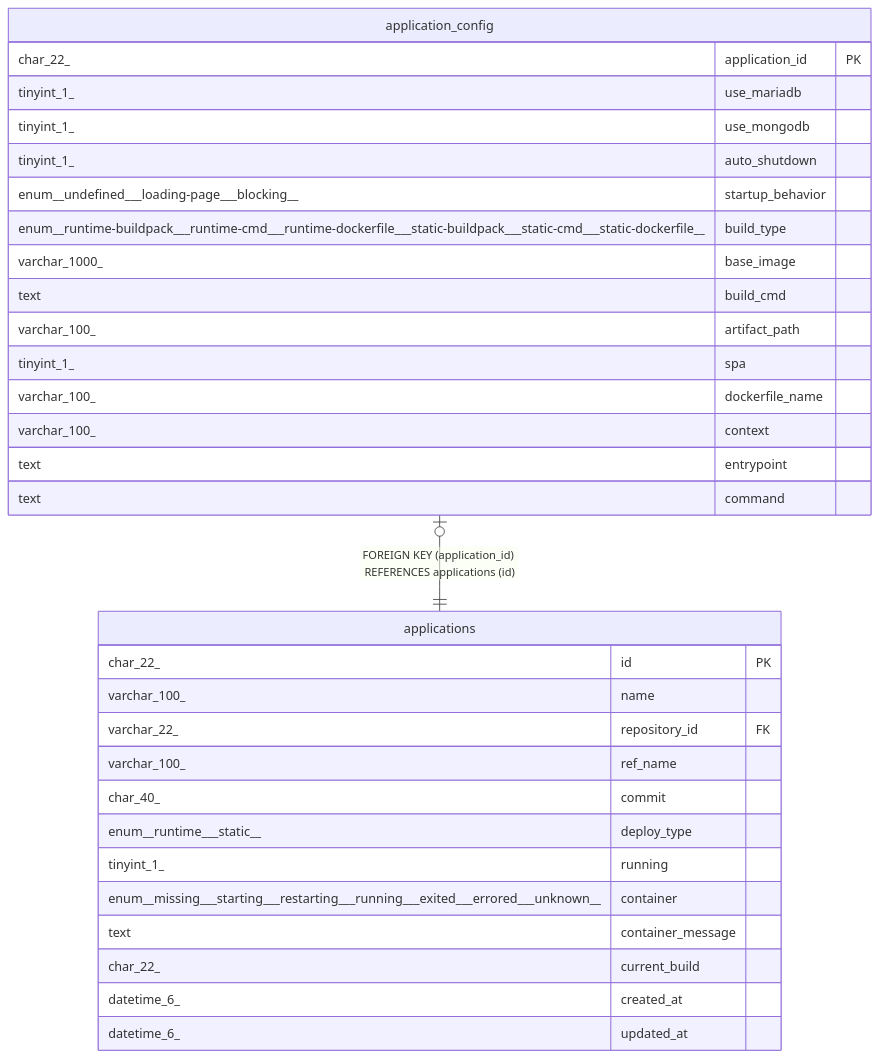
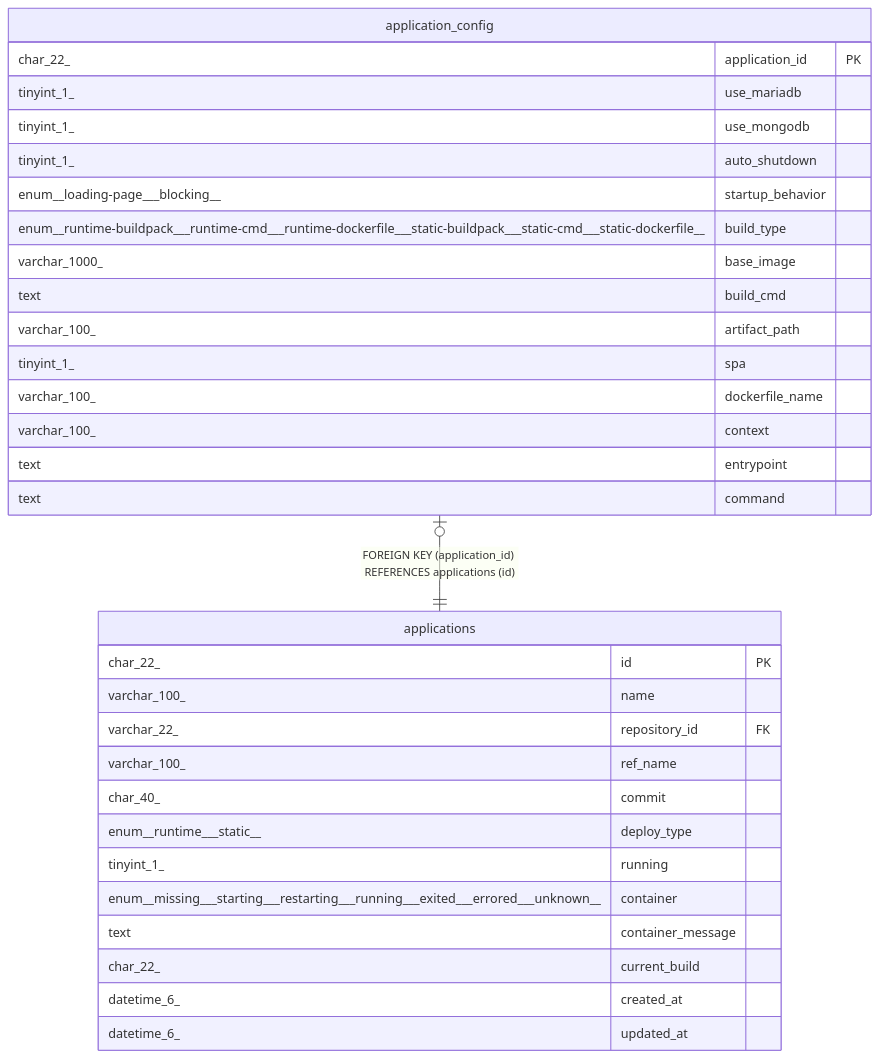
One commit to traPtitech/NeoShowcase changed the diagram in docs/dbschema/application_config.md. Above: the diagram before and after it, drawn with Mermaid. The commit also changed other lines of this file and 6 other files, not shown here.

Commit message:
remove startup behavior 'undefined' from application config table

````diff
--- a/docs/dbschema/application_config.md
+++ b/docs/dbschema/application_config.md
@@ -67,36 +67,36 @@
 ```mermaid
 erDiagram
 
 "application_config" |o--|| "applications" : "FOREIGN KEY (application_id) REFERENCES applications (id)"
 
 "application_config" {
   char_22_ application_id PK
   tinyint_1_ use_mariadb
   tinyint_1_ use_mongodb
   tinyint_1_ auto_shutdown
-  enum__undefined___loading-page___blocking__ startup_behavior
+  enum__loading-page___blocking__ startup_behavior
   enum__runtime-buildpack___runtime-cmd___runtime-dockerfile___static-buildpack___static-cmd___static-dockerfile__ build_type
   varchar_1000_ base_image
   text build_cmd
   varchar_100_ artifact_path
   tinyint_1_ spa
   varchar_100_ dockerfile_name
   varchar_100_ context
   text entrypoint
   text command
 }
 "applications" {
   char_22_ id PK
   varchar_100_ name
   varchar_22_ repository_id FK
   varchar_100_ ref_name
   char_40_ commit
   enum__runtime___static__ deploy_type
   tinyint_1_ running
   enum__missing___starting___restarting___running___exited___errored___unknown__ container
   text container_message
   char_22_ current_build
   datetime_6_ created_at
   datetime_6_ updated_at
 }
 ```
````
